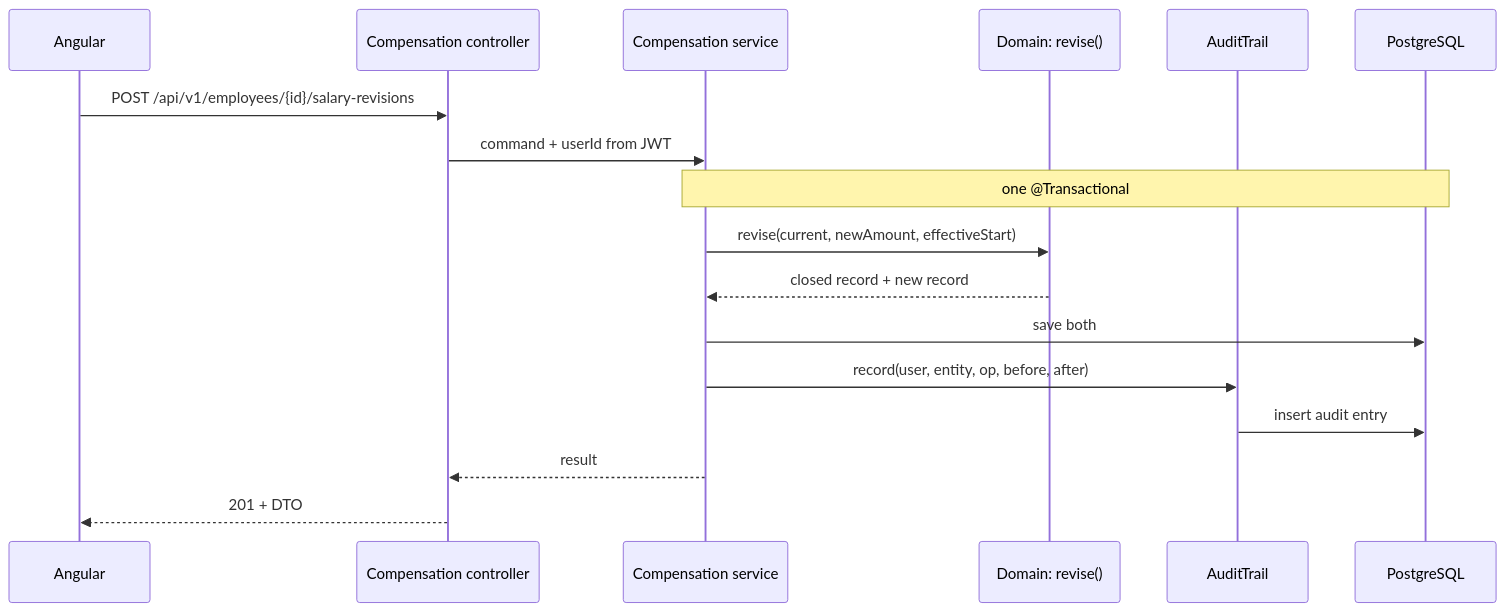
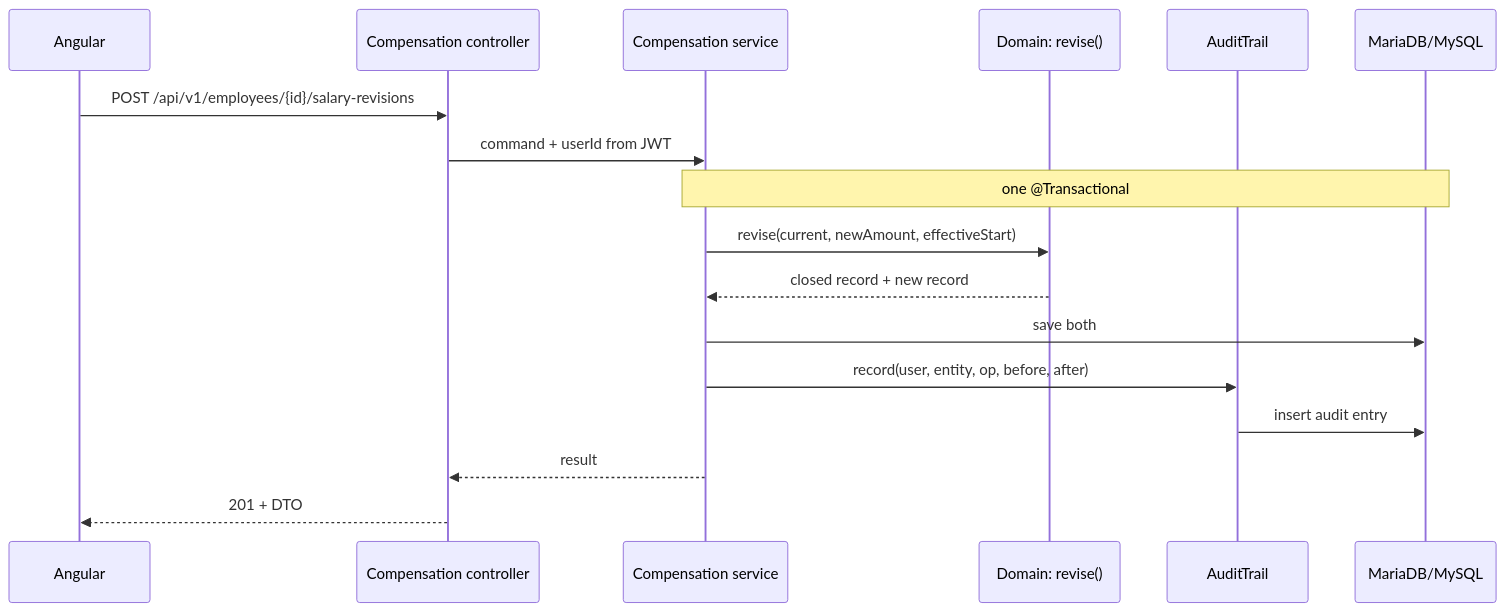
Before and after one commit to shoyabsiddique/incubyte-assessment: the third of 3 diagrams in _bmad-output/planning-artifacts/architecture/architecture-incubyte-assessment-2026-11-17/DESIGN-NOTES.md, drawn with Mermaid. The commit also changed other lines of this file and 3 other files, not shown here.

Commit message:
docs: rework architecture for Hostinger MariaDB/MySQL and Render hosting

````diff
--- a/_bmad-output/planning-artifacts/architecture/architecture-incubyte-assessment-2026-11-17/DESIGN-NOTES.md
+++ b/_bmad-output/planning-artifacts/architecture/architecture-incubyte-assessment-2026-11-17/DESIGN-NOTES.md
@@ -51,19 +52,19 @@
 ```mermaid
 sequenceDiagram
   participant UI as Angular
   participant C as Compensation controller
   participant S as Compensation service
   participant D as Domain: revise()
   participant A as AuditTrail
-  participant DB as PostgreSQL
+  participant DB as MariaDB/MySQL
   UI->>C: POST /api/v1/employees/{id}/salary-revisions
   C->>S: command + userId from JWT
   Note over S,DB: one @Transactional
   S->>D: revise(current, newAmount, effectiveStart)
   D-->>S: closed record + new record
   S->>DB: save both
   S->>A: record(user, entity, op, before, after)
   A->>DB: insert audit entry
   S-->>C: result
   C-->>UI: 201 + DTO
 ```
````
